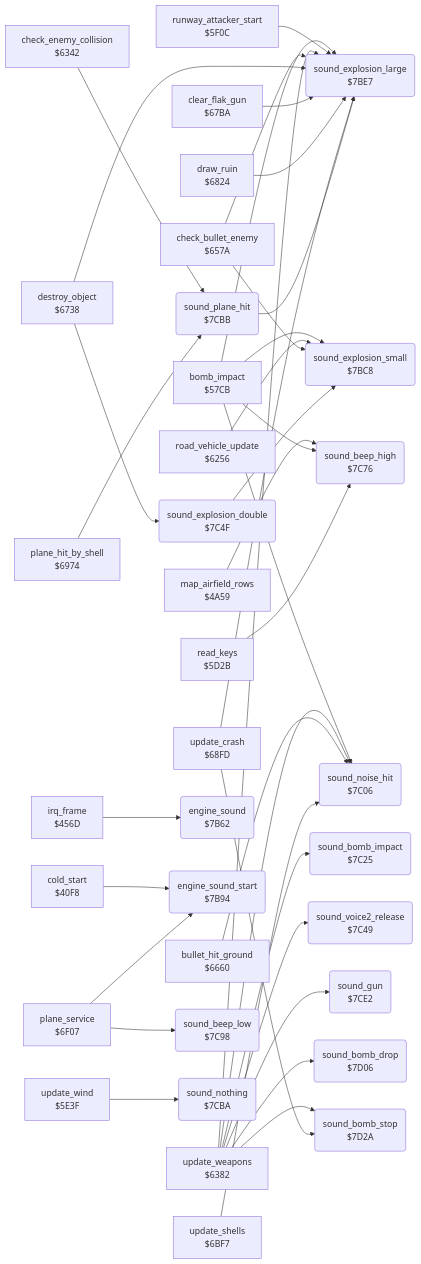
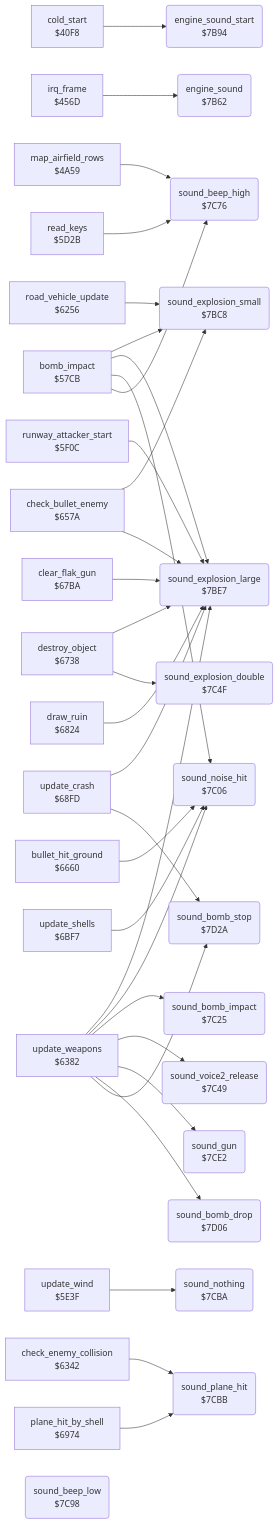
Before and after one commit to henols/c64_games: the diagram in blue_max/docs/reference/modules/sound/sound_effects.md, drawn with Mermaid. The commit also changed other lines of this file and 1100 other files, not shown here.

````diff
--- a/blue_max/docs/reference/modules/sound/sound_effects.md
+++ b/blue_max/docs/reference/modules/sound/sound_effects.md
@@ -10,71 +32,66 @@
 ```mermaid
 flowchart LR
   n40f8["cold_start<br/>$40F8"]
   n456d["irq_frame<br/>$456D"]
   n4a59["map_airfield_rows<br/>$4A59"]
   n57cb["bomb_impact<br/>$57CB"]
   n5d2b["read_keys<br/>$5D2B"]
   n5e3f["update_wind<br/>$5E3F"]
   n5f0c["runway_attacker_start<br/>$5F0C"]
   n6256["road_vehicle_update<br/>$6256"]
   n6342["check_enemy_collision<br/>$6342"]
   n6382["update_weapons<br/>$6382"]
   n657a["check_bullet_enemy<br/>$657A"]
   n6660["bullet_hit_ground<br/>$6660"]
   n6738["destroy_object<br/>$6738"]
   n67ba["clear_flak_gun<br/>$67BA"]
   n6824["draw_ruin<br/>$6824"]
   n68fd["update_crash<br/>$68FD"]
   n6974["plane_hit_by_shell<br/>$6974"]
   n6bf7["update_shells<br/>$6BF7"]
-  n6f07["plane_service<br/>$6F07"]
   n7b62("engine_sound<br/>$7B62")
   n7b94("engine_sound_start<br/>$7B94")
   n7bc8("sound_explosion_small<br/>$7BC8")
   n7be7("sound_explosion_large<br/>$7BE7")
   n7c06("sound_noise_hit<br/>$7C06")
   n7c25("sound_bomb_impact<br/>$7C25")
   n7c49("sound_voice2_release<br/>$7C49")
   n7c4f("sound_explosion_double<br/>$7C4F")
   n7c76("sound_beep_high<br/>$7C76")
   n7c98("sound_beep_low<br/>$7C98")
   n7cba("sound_nothing<br/>$7CBA")
   n7cbb("sound_plane_hit<br/>$7CBB")
   n7ce2("sound_gun<br/>$7CE2")
   n7d06("sound_bomb_drop<br/>$7D06")
   n7d2a("sound_bomb_stop<br/>$7D2A")
   n40f8 --> n7b94
   n456d --> n7b62
   n4a59 --> n7c76
   n57cb --> n7bc8
   n57cb --> n7be7
   n57cb --> n7c06
   n57cb --> n7c76
   n5d2b --> n7c76
   n5e3f --> n7cba
   n5f0c --> n7be7
   n6256 --> n7bc8
   n6342 --> n7cbb
   n6382 --> n7be7
   n6382 --> n7c06
   n6382 --> n7c25
   n6382 --> n7c49
   n6382 --> n7ce2
   n6382 --> n7d06
   n6382 --> n7d2a
   n657a --> n7bc8
   n657a --> n7be7
   n6660 --> n7c06
   n6738 --> n7be7
   n6738 --> n7c4f
   n67ba --> n7be7
   n6824 --> n7be7
   n68fd --> n7be7
   n68fd --> n7d2a
   n6974 --> n7cbb
   n6bf7 --> n7c06
-  n6f07 --> n7b94
-  n6f07 --> n7c98
-  n7c4f --> n7bc8
-  n7cbb --> n7be7
 ```
````
